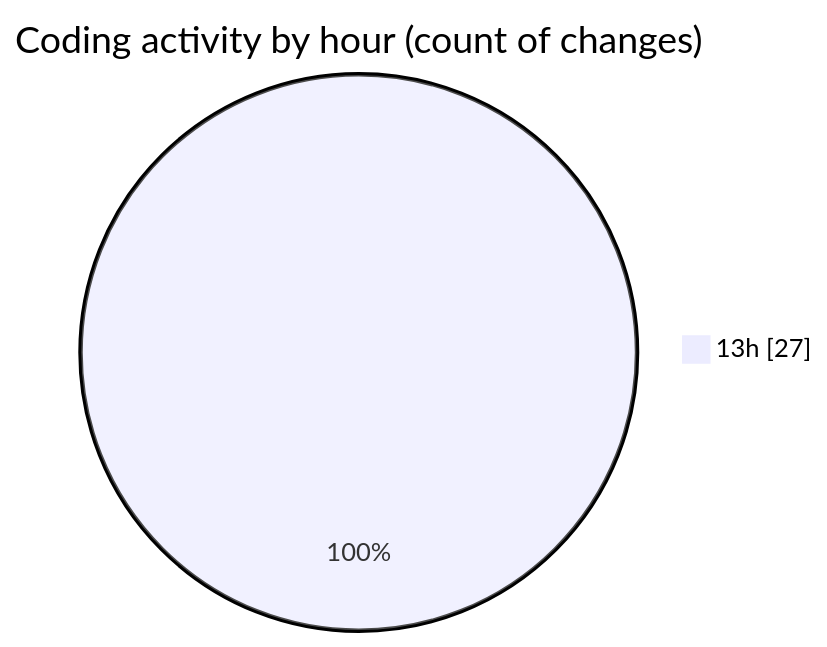
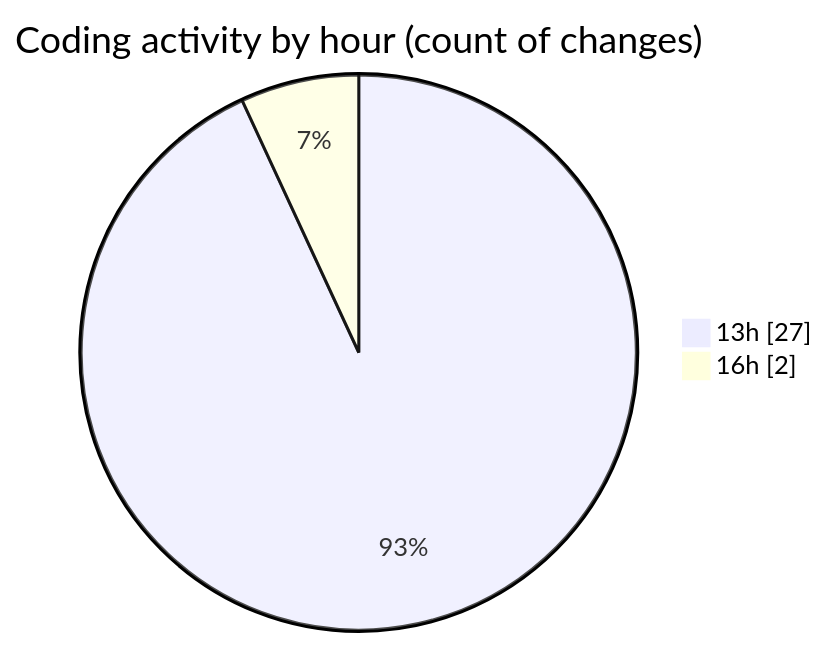
The second of 2 diagrams in 2026-07-31/cda/README.md (momahboobian/code-tracking), drawn with Mermaid before and after one commit. The commit also changed other lines of this file and 1 other file, not shown here.

````diff
--- a/2026-07-31/cda/README.md
+++ b/2026-07-31/cda/README.md
@@ -56,5 +56,6 @@
 ```mermaid
 pie showData
 title Coding activity by hour (count of changes)
 "13h" : 27
+"16h" : 2
 ```
````
